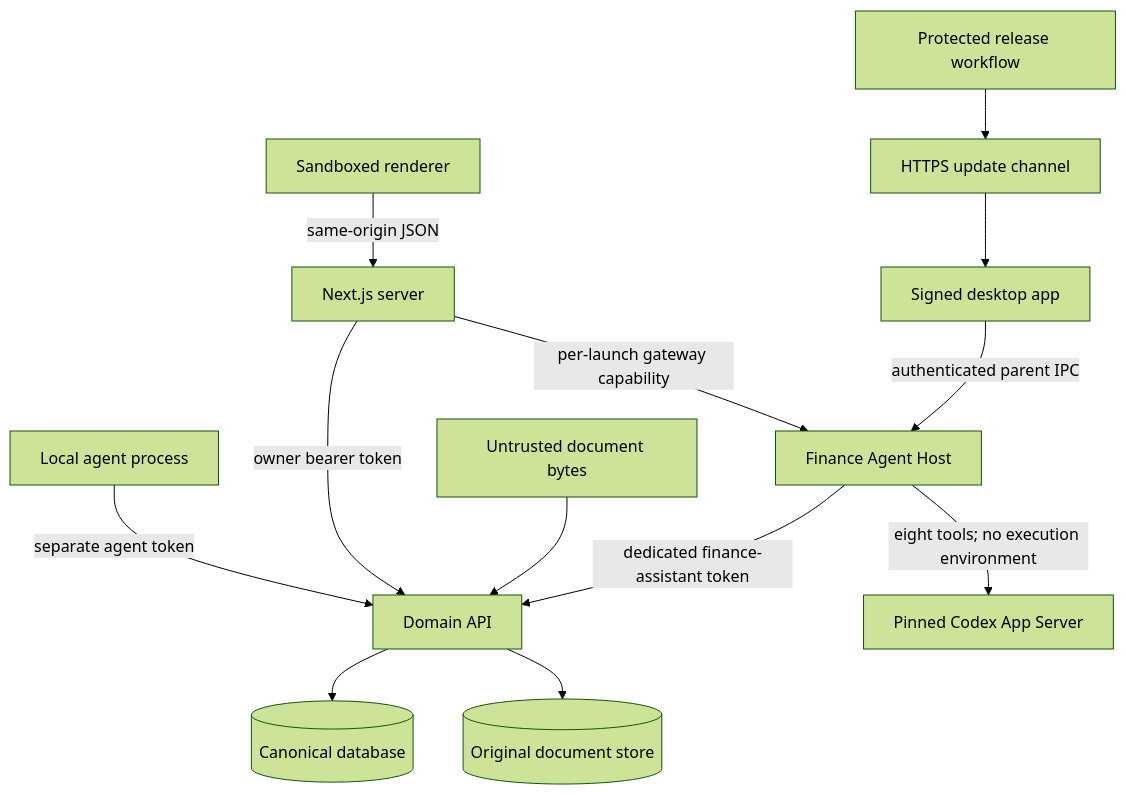
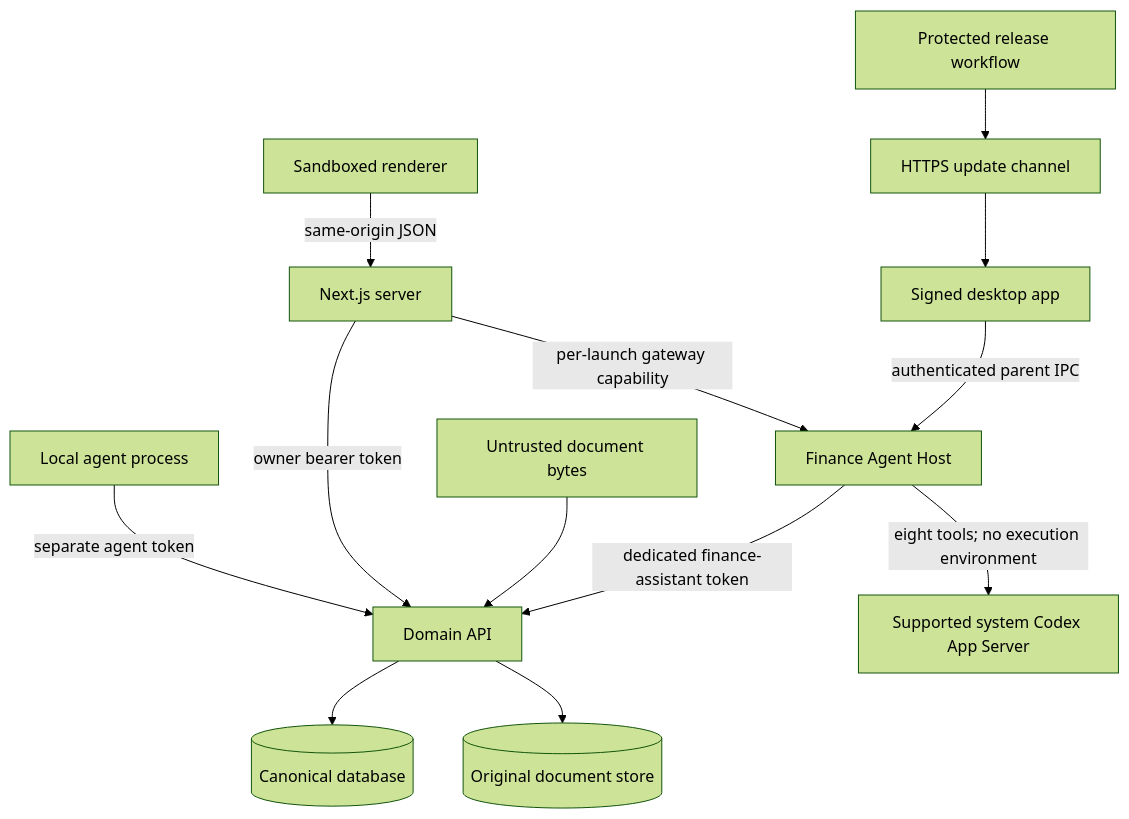
The diagram in docs/security/THREAT_MODEL.md (ChrBoebel/chelaro), drawn with Mermaid (forest theme) before and after one commit. The commit also changed other lines of this file and 177 other files, not shown here.

First line of the commit message:
feat: reuse system Codex authentication (#3)

````diff
--- a/docs/security/THREAT_MODEL.md
+++ b/docs/security/THREAT_MODEL.md
@@ -21,15 +21,15 @@
 ```mermaid
 flowchart TB
     Browser[Sandboxed renderer] -->|same-origin JSON| Next[Next.js server]
     Next -->|owner bearer token| API[Domain API]
     Agent[Local agent process] -->|separate agent token| API
     Desktop -->|authenticated parent IPC| Host[Finance Agent Host]
     Next -->|per-launch gateway capability| Host
     Host -->|dedicated finance-assistant token| API
-    Host -->|eight tools; no execution environment| Codex[Pinned Codex App Server]
+    Host -->|eight tools; no execution environment| Codex[Supported system Codex App Server]
     Upload[Untrusted document bytes] --> API
     API --> DB[(Canonical database)]
     API --> Files[(Original document store)]
     Release[Protected release workflow] --> Channel[HTTPS update channel]
     Channel --> Desktop[Signed desktop app]
 ```
````
